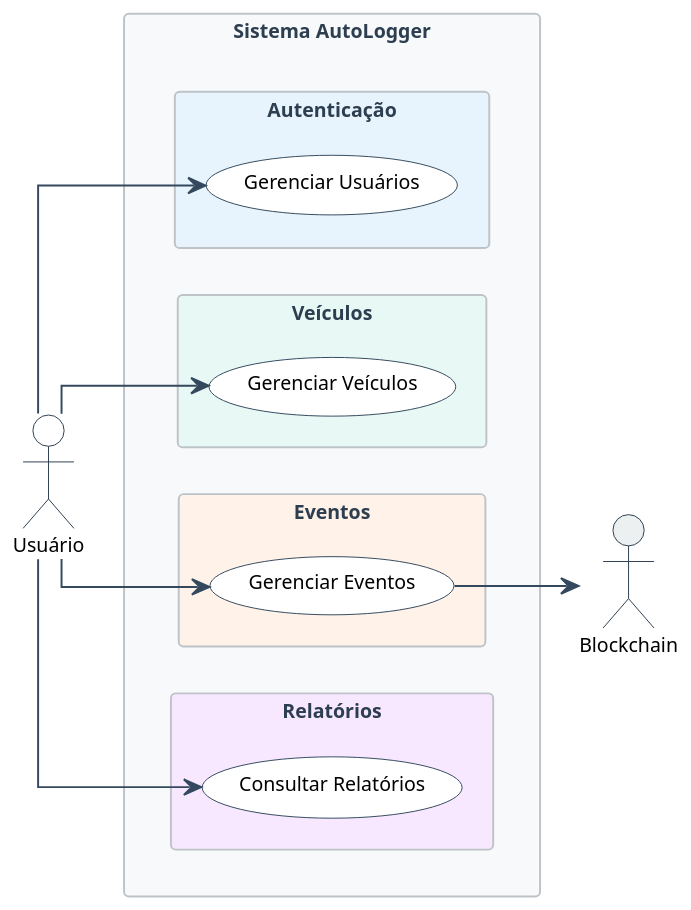
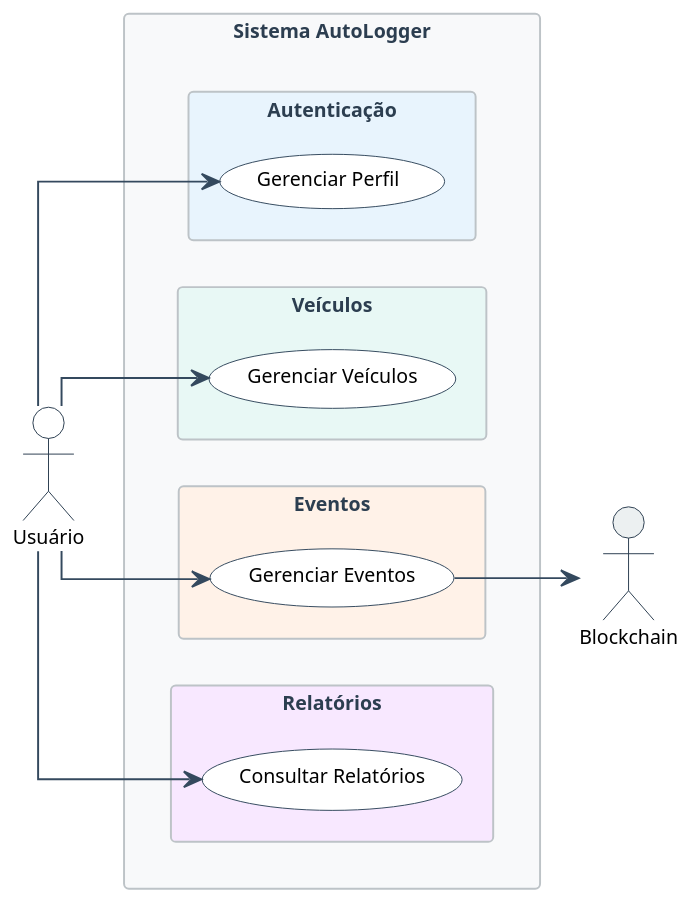
Before and after one commit to Pellegr1n1/autologger-services: the diagram in docs/use_case_diagram/general_system.puml, drawn with PlantUML.

Commit message:
use case diagram fix

```diff
--- a/docs/use_case_diagram/general_system.puml
+++ b/docs/use_case_diagram/general_system.puml
@@ -1,57 +1,57 @@
 @startuml general_system
 
 left to right direction
 
 skinparam {
     usecaseFontSize 12
     usecaseFontName "Segoe UI"
     usecaseBackgroundColor #FFFFFF
     usecaseBorderColor #34495E
     actorBackgroundColor #FFFFFF
     actorBorderColor #2C3E50
     actorFontName "Segoe UI"
     actorFontSize 12
     arrowColor #34495E
     rectangleBackgroundColor #F8F9FA
     rectangleBorderColor #BDC3C7
     rectangleFontColor #2C3E50
     rectangleFontName "Segoe UI"
     rectangleFontSize 13
     defaultTextAlignment center
     wrapWidth 200
     dpi 150
     shadowing false
     linetype ortho
     defaultFontName "Segoe UI"
     defaultFontSize 10
 }
 
 actor "Usuário" as User #FFFFFF
 actor "Blockchain" as Blockchain #ECF0F1
 
 rectangle "Sistema AutoLogger" #F8F9FA {
     rectangle "Autenticação" #E8F4FD {
-        (Gerenciar Usuários) as AUTH
+        (Gerenciar Perfil) as AUTH
     }
     
     rectangle "Veículos" #E8F8F5 {
         (Gerenciar Veículos) as VEH
     }
     
     rectangle "Eventos" #FFF2E8 {
         (Gerenciar Eventos) as EVT
     }
     
     rectangle "Relatórios" #F8E8FF {
         (Consultar Relatórios) as REP
     }
 }
 
 User --> AUTH
 User --> VEH
 User --> EVT 
 User --> REP
 
 EVT --> Blockchain
 
 @enduml
```
